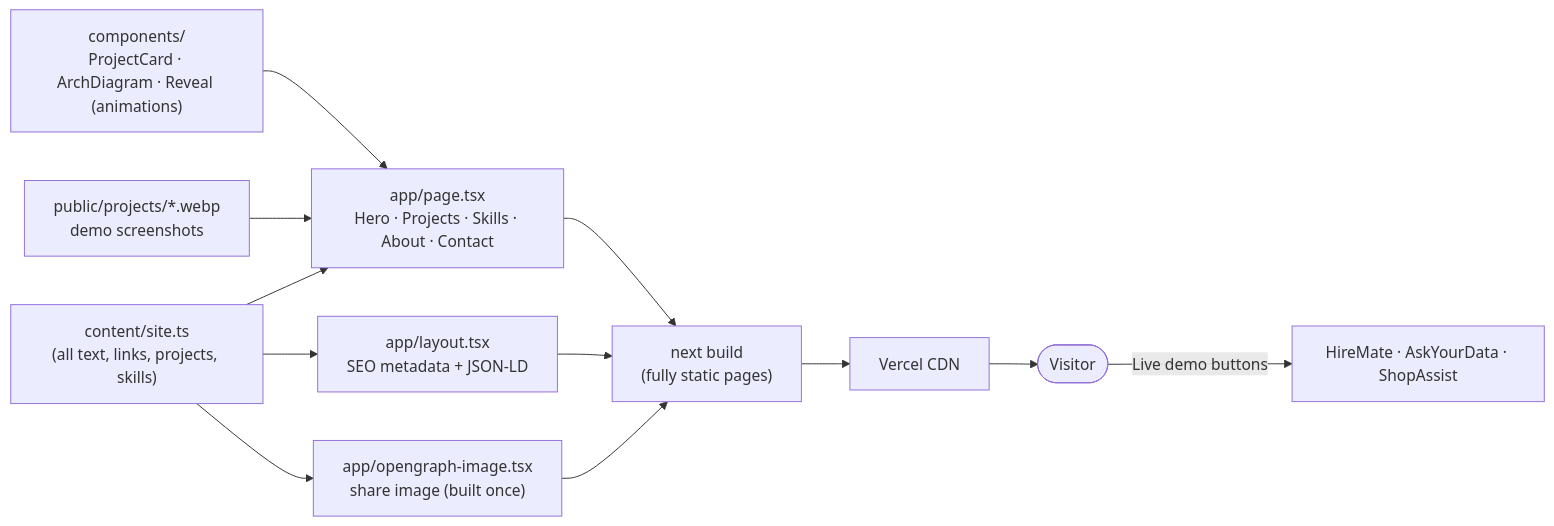
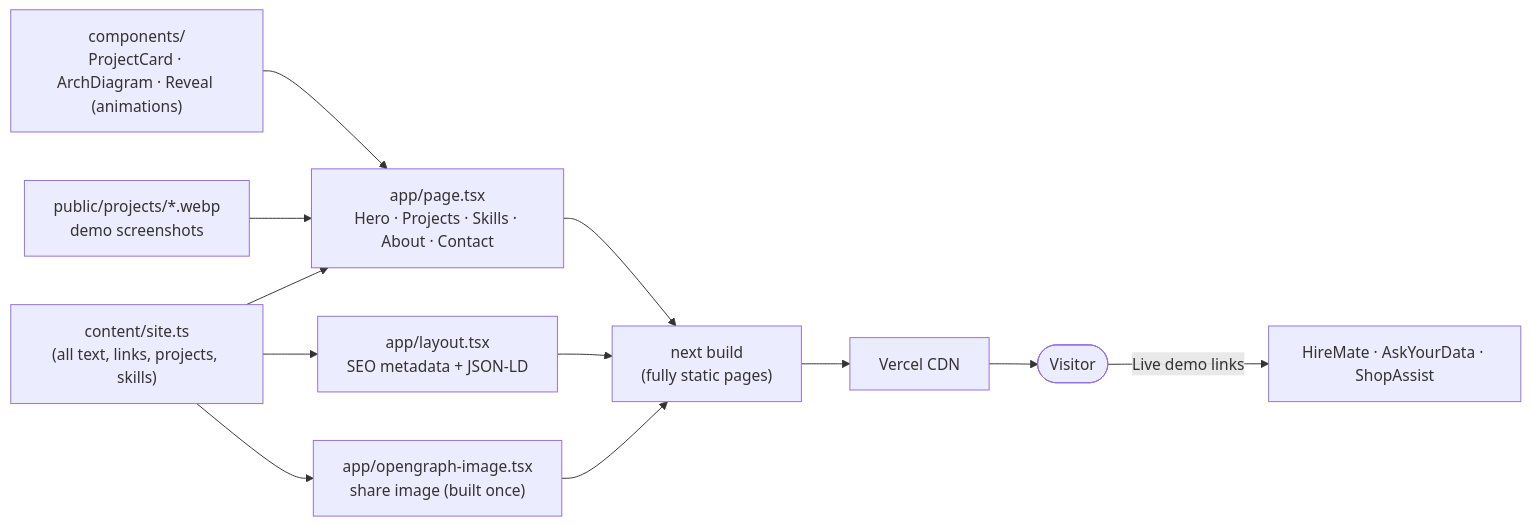
The diagram in README.md (Memoona-Amjad/portfolio), drawn with Mermaid before and after one commit. The commit also changed other lines of this file and 25 other files, not shown here.

````diff
--- a/README.md
+++ b/README.md
@@ -38,12 +38,12 @@
 ```mermaid
 flowchart LR
     C["content/site.ts<br/>(all text, links, projects, skills)"] --> P["app/page.tsx<br/>Hero · Projects · Skills · About · Contact"]
     K["components/<br/>ProjectCard · ArchDiagram · Reveal (animations)"] --> P
     I["public/projects/*.webp<br/>demo screenshots"] --> P
     C --> M["app/layout.tsx<br/>SEO metadata + JSON-LD"]
     C --> OG["app/opengraph-image.tsx<br/>share image (built once)"]
     P & M & OG --> B["next build<br/>(fully static pages)"]
     B --> V["Vercel CDN"]
     V --> U(["Visitor"])
-    U -- "Live demo buttons" --> D["HireMate · AskYourData · ShopAssist"]
+    U -- "Live demo links" --> D["HireMate · AskYourData · ShopAssist"]
 ```
````
